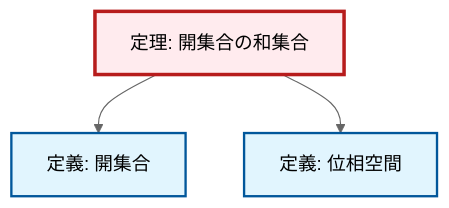
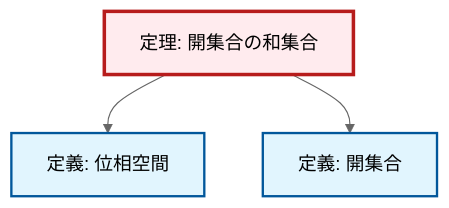
Before and after one commit to RK0429/ModernMath: the diagram in content/ja/topology/thm-union-open-sets.qmd, drawn with Mermaid (neutral theme). The commit also changed 672 other files, not shown here.

````diff
--- a/content/ja/topology/thm-union-open-sets.qmd
+++ b/content/ja/topology/thm-union-open-sets.qmd
@@ -61,17 +61,17 @@
 ```{mermaid}
-%%| fig-cap: "Local dependency graph"
+%%| fig-cap: "ローカル依存関係グラフ"
 graph TD
     classDef definition fill:#e1f5fe,stroke:#01579b,stroke-width:2px
     classDef theorem fill:#f3e5f5,stroke:#4a148c,stroke-width:2px
     classDef axiom fill:#fff3e0,stroke:#e65100,stroke-width:2px
     classDef example fill:#e8f5e9,stroke:#1b5e20,stroke-width:2px
     classDef current fill:#ffebee,stroke:#b71c1c,stroke-width:3px
+    def-topological-space["定義: 位相空間"]:::definition
     def-open-set["定義: 開集合"]:::definition
     thm-union-open-sets["定理: 開集合の和集合"]:::theorem
-    def-topological-space["定義: 位相空間"]:::definition
+    thm-union-open-sets --> def-topological-space
     thm-union-open-sets --> def-open-set
-    thm-union-open-sets --> def-topological-space
     class thm-union-open-sets current
+    click def-topological-space "def-topological-space.html" "位相空間の定義へ"
     click def-open-set "def-open-set.html" "開集合の定義へ"
-    click def-topological-space "def-topological-space.html" "位相空間の定義へ"
 ```
````
